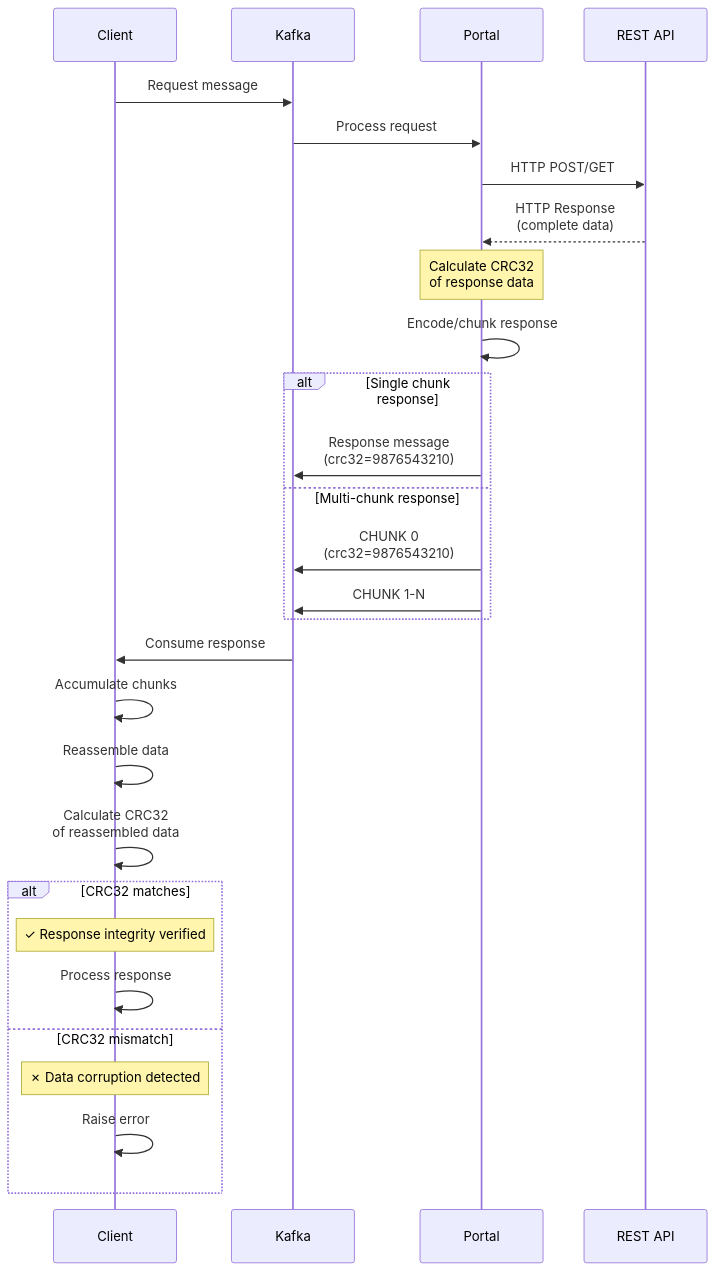
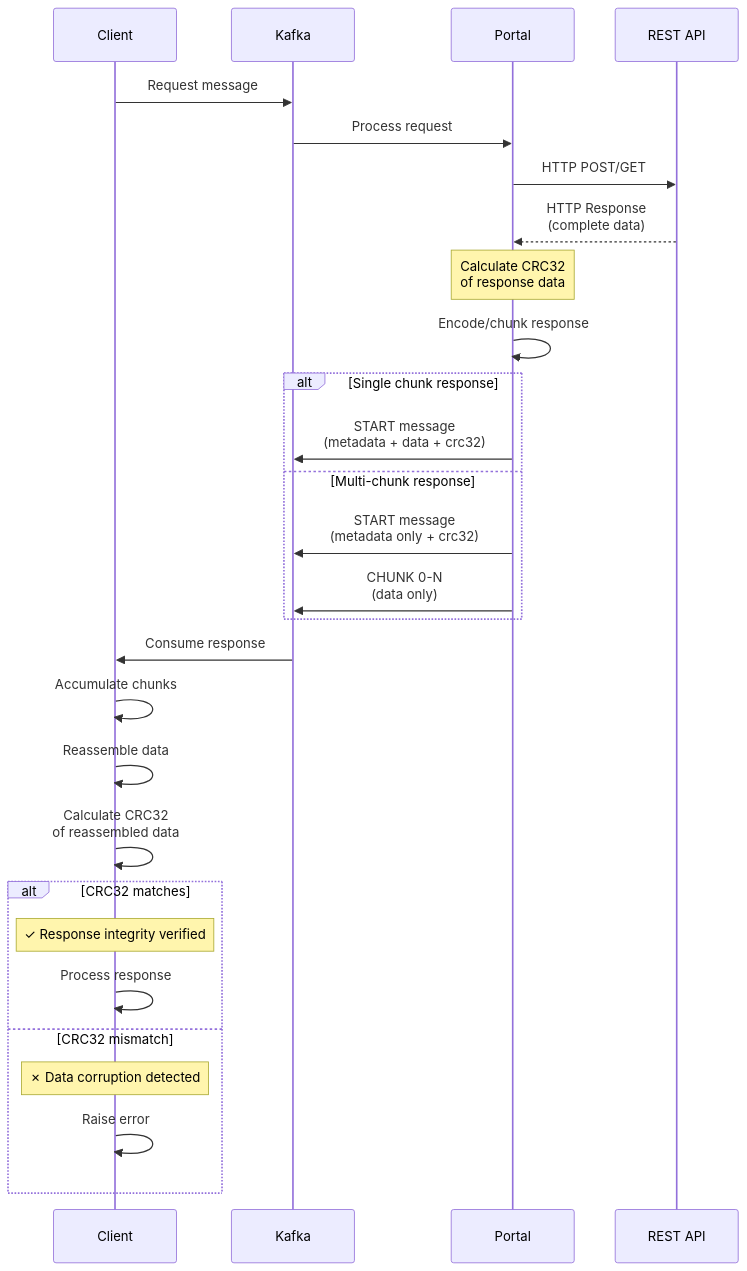
One commit to oshea00/kafkasend changed the fourth of 12 diagrams in PROTOCOL.md. Above: the diagram before and after it, drawn with Mermaid. The commit also changed other lines of this file and 3 other files, not shown here.

````diff
--- a/PROTOCOL.md
+++ b/PROTOCOL.md
@@ -258,35 +259,35 @@
 ```mermaid
 sequenceDiagram
     participant C as Client
     participant K as Kafka
     participant P as Portal
     participant A as REST API
 
     C->>K: Request message
     K->>P: Process request
     P->>A: HTTP POST/GET
     A-->>P: HTTP Response<br/>(complete data)
 
     Note over P: Calculate CRC32<br/>of response data
     P->>P: Encode/chunk response
 
     alt Single chunk response
-        P->>K: Response message<br/>(crc32=9876543210)
+        P->>K: START message<br/>(metadata + data + crc32)
     else Multi-chunk response
-        P->>K: CHUNK 0<br/>(crc32=9876543210)
-        P->>K: CHUNK 1-N
+        P->>K: START message<br/>(metadata only + crc32)
+        P->>K: CHUNK 0-N<br/>(data only)
     end
 
     K->>C: Consume response
     C->>C: Accumulate chunks
     C->>C: Reassemble data
     C->>C: Calculate CRC32<br/>of reassembled data
 
     alt CRC32 matches
         Note over C: ✓ Response integrity verified
         C->>C: Process response
     else CRC32 mismatch
         Note over C: ✗ Data corruption detected
         C->>C: Raise error
     end
 ```
````
